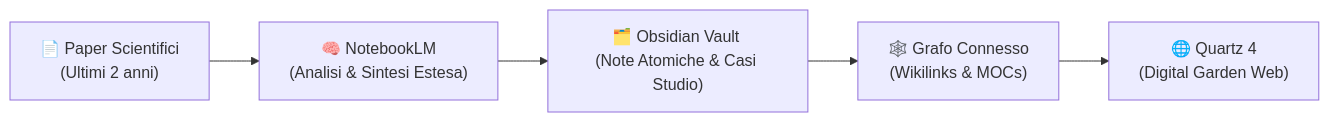
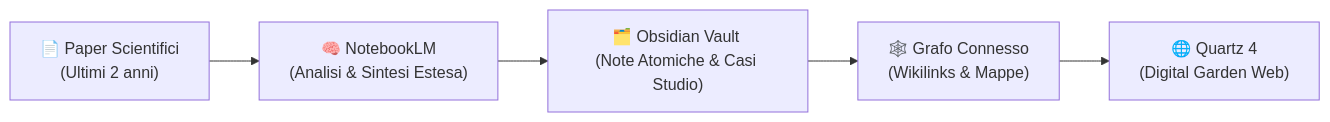
Before and after one commit to amagaro/Salvatore_Ricercatore: the diagram in content/index.md, drawn with Mermaid. The commit also changed other lines of this file, not shown here.

Commit message:
Auto-update: Sostituito termine MOC con Mappe

````diff
--- a/content/index.md
+++ b/content/index.md
@@ -48,7 +48,7 @@
 ```mermaid
 graph LR
     Fonti["📄 Paper Scientifici <br>(Ultimi 2 anni)"] --> NBLM["🧠 NotebookLM <br>(Analisi & Sintesi Estesa)"]
     NBLM --> Vault["🗂️ Obsidian Vault <br>(Note Atomiche & Casi Studio)"]
-    Vault --> Graph["🕸️ Grafo Connesso <br>(Wikilinks & MOCs)"]
+    Vault --> Graph["🕸️ Grafo Connesso <br>(Wikilinks & Mappe)"]
     Graph --> Quartz["🌐 Quartz 4 <br>(Digital Garden Web)"]
 ```
````
